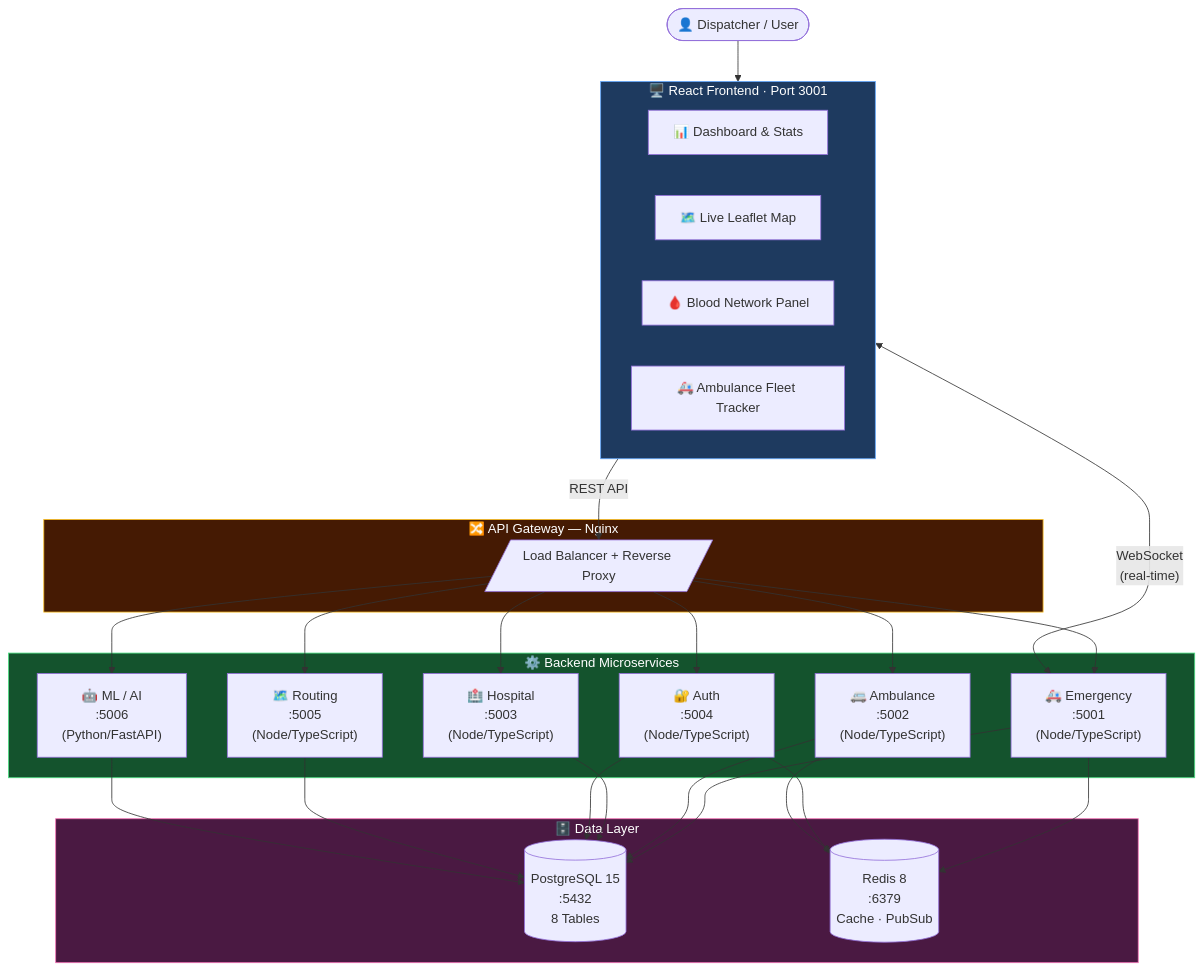
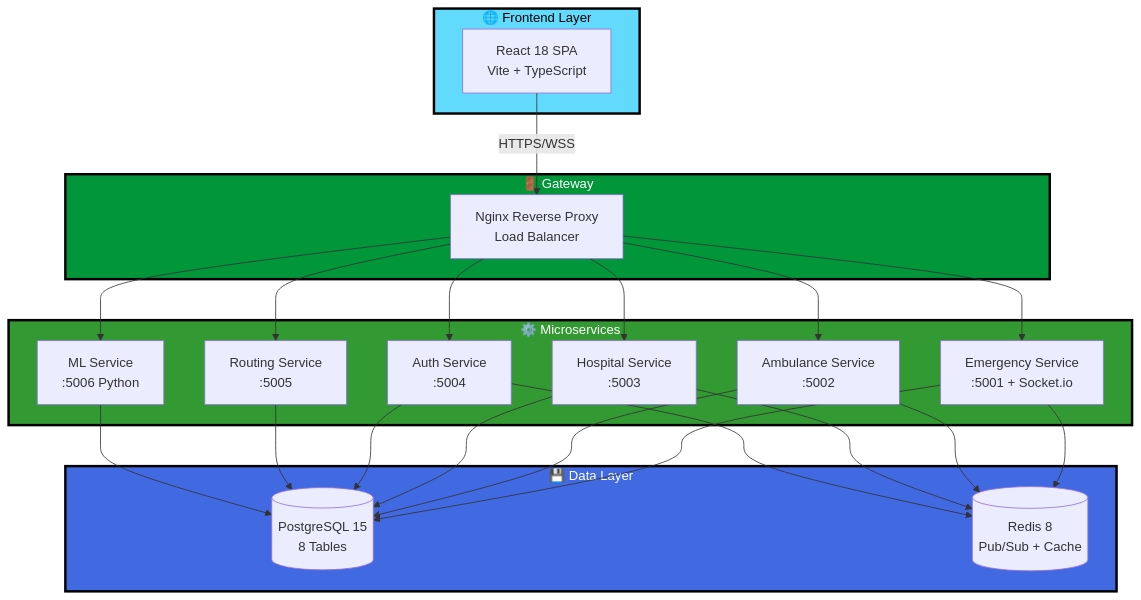
The first of 5 diagrams in README.md (Aayush9808/MediRouteX), drawn with Mermaid before and after one commit. The commit also changed other lines of this file, not shown here.

Commit message:
🎨 Enhanced both READMEs - fixed image rendering, added 25+ Mermaid diagrams, animations, visual improvements

````diff
--- a/README.md
+++ b/README.md
@@ -84,42 +73,49 @@
 ```mermaid
 graph TB
-    User(["👤 Dispatcher / User"])
-
-    subgraph FE["🖥️  React Frontend · Port 3001"]
-        Dashboard["📊 Dashboard &amp; Stats"]
-        MapView["🗺️ Live Leaflet Map"]
-        BloodPanel["🩸 Blood Network Panel"]
-        Fleet["🚑 Ambulance Fleet Tracker"]
+    subgraph Frontend["🌐 Frontend Layer"]
+        A[React 18 SPA<br/>Vite + TypeScript]
     end
-
-    subgraph GW["🔀  API Gateway — Nginx"]
-        NGINX[/"Load Balancer + Reverse Proxy"/]
+    
+    subgraph Gateway["🚪 Gateway"]
+        B[Nginx Reverse Proxy<br/>Load Balancer]
     end
-
-    subgraph SVC["⚙️  Backend Microservices"]
-        ES["🚑 Emergency\n:5001\n(Node/TypeScript)"]
-        AS["🚐 Ambulance\n:5002\n(Node/TypeScript)"]
-        HS["🏥 Hospital\n:5003\n(Node/TypeScript)"]
-        AUTH["🔐 Auth\n:5004\n(Node/TypeScript)"]
-        RS["🗺️ Routing\n:5005\n(Node/TypeScript)"]
-        ML["🤖 ML / AI\n:5006\n(Python/FastAPI)"]
+    
+    subgraph Services["⚙️ Microservices"]
+        C1[Emergency Service<br/>:5001 + Socket.io]
+        C2[Ambulance Service<br/>:5002]
+        C3[Hospital Service<br/>:5003]
+        C4[Auth Service<br/>:5004]
+        C5[Routing Service<br/>:5005]
+        C6[ML Service<br/>:5006 Python]
     end
-
-    subgraph DATA["🗄️  Data Layer"]
-        PG[("PostgreSQL 15\n:5432\n8 Tables")]
-        RD[("Redis 8\n:6379\nCache · PubSub")]
+    
+    subgraph Data["💾 Data Layer"]
+        D1[(PostgreSQL 15<br/>8 Tables)]
+        D2[(Redis 8<br/>Pub/Sub + Cache)]
     end
-
-    User --> FE
-    FE -->|"REST API"| NGINX
-    FE <-->|"WebSocket\n(real-time)"| ES
-    NGINX --> ES & AS & HS & AUTH & RS & ML
-    ES & AS & HS & AUTH & RS --> PG
-    ML --> PG
-    ES & AUTH & AS --> RD
-
-    style FE fill:#1e3a5f,stroke:#60a5fa,color:#fff
-    style SVC fill:#14532d,stroke:#4ade80,color:#fff
-    style DATA fill:#4a1942,stroke:#f472b6,color:#fff
-    style GW fill:#451a03,stroke:#fbbf24,color:#fff
+    
+    A -->|HTTPS/WSS| B
+    B --> C1
+    B --> C2
+    B --> C3
+    B --> C4
+    B --> C5
+    B --> C6
+    
+    C1 --> D1
+    C2 --> D1
+    C3 --> D1
+    C4 --> D1
+    C5 --> D1
+    C6 --> D1
+    
+    C1 --> D2
+    C2 --> D2
+    C3 --> D2
+    C4 --> D2
+    
+    style Frontend fill:#61DAFB,stroke:#000,stroke-width:3px,color:#000
+    style Gateway fill:#009639,stroke:#000,stroke-width:3px,color:#fff
+    style Services fill:#339933,stroke:#000,stroke-width:3px,color:#fff
+    style Data fill:#4169E1,stroke:#000,stroke-width:3px,color:#fff
 ```
````
